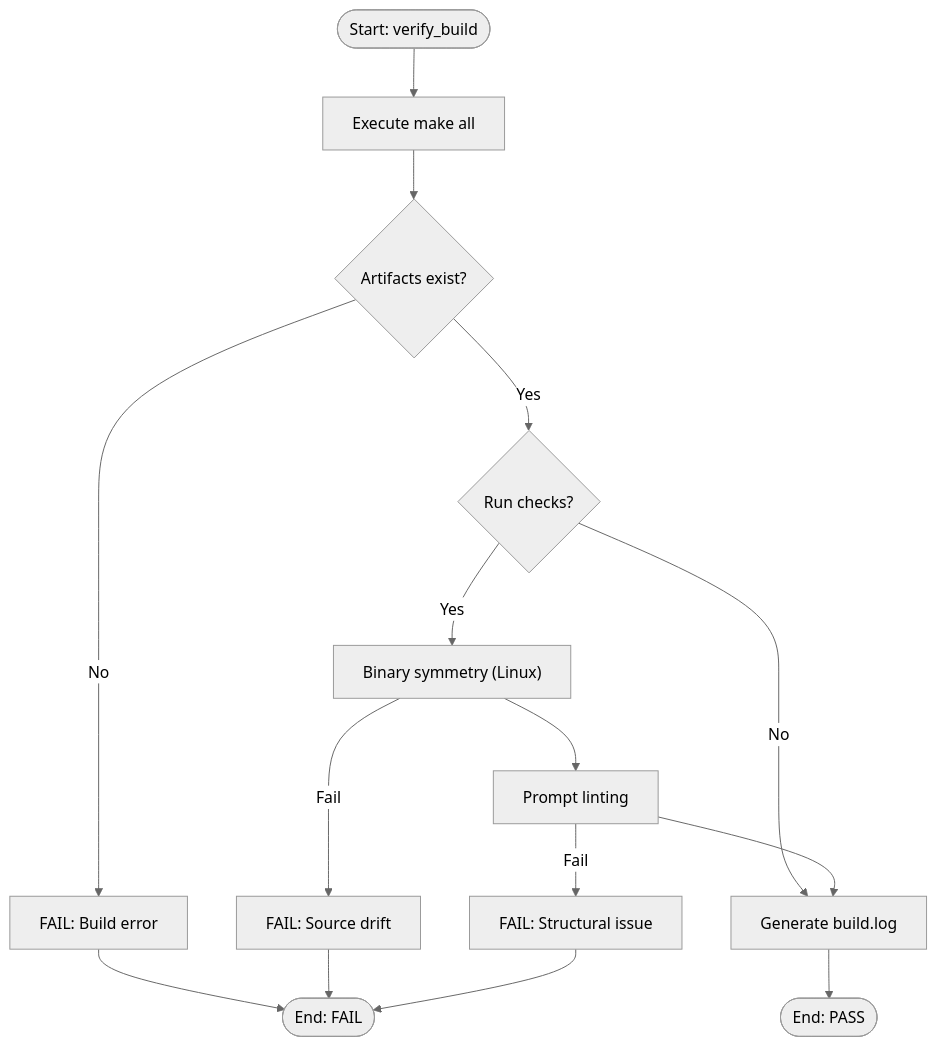
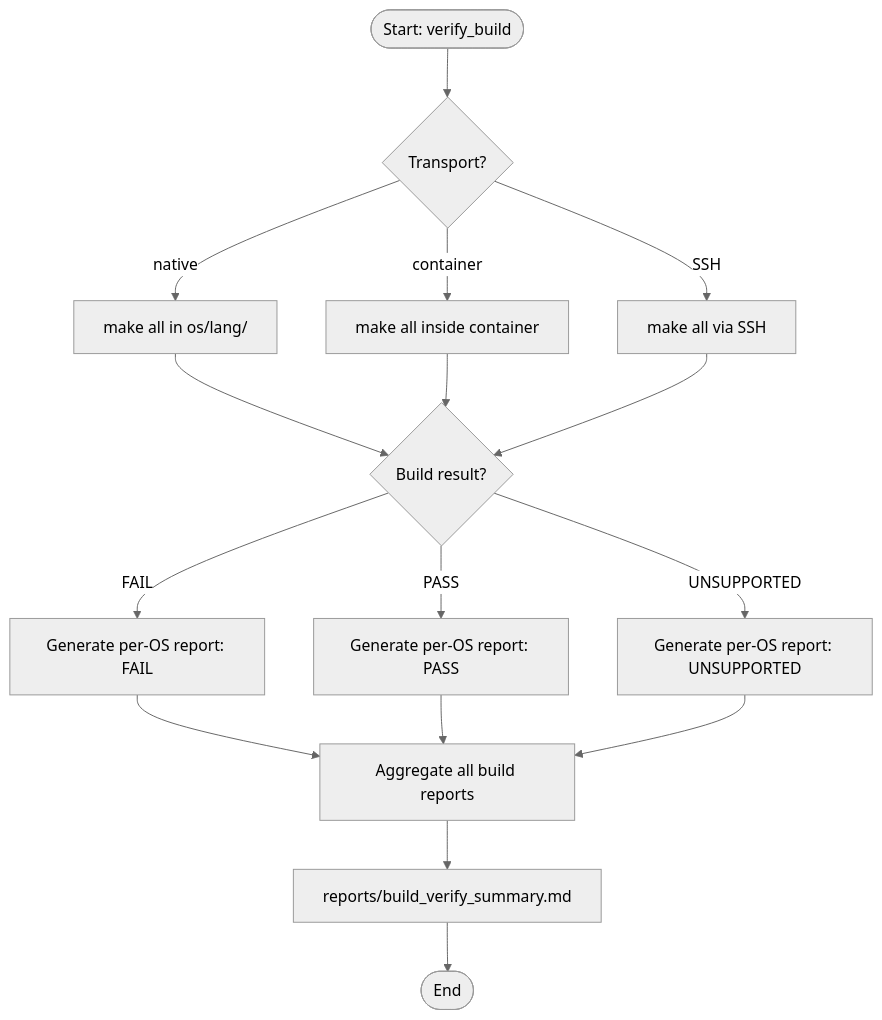
One commit to ebruno/codesamples changed the second of 4 diagrams in ringbuffer/README.md. Above: the diagram before and after it, drawn with Mermaid (neutral theme). The commit also changed other lines of this file and 14 other files, not shown here.

````diff
--- a/ringbuffer/README.md
+++ b/ringbuffer/README.md
@@ -824,22 +825,22 @@
 ```mermaid
 flowchart TD
-    Start([Start: verify_build]) --> Build[Execute make all]
-    Build --> Artifacts{Artifacts exist?}
+    Start([Start: verify_build]) --> Transport{Transport?}
+    Transport -->|native| MakeAll[make all in os/lang/]
+    Transport -->|container| CtrMake[make all inside container]
+    Transport -->|SSH| SshMake[make all via SSH]
 
-    Artifacts -->|No| FailBuild[FAIL: Build error]
-    Artifacts -->|Yes| Checks{Run checks?}
+    MakeAll --> Result{Build result?}
+    CtrMake --> Result
+    SshMake --> Result
 
-    Checks -->|No| Report[Generate build.log]
-    Checks -->|Yes| Symmetry["Binary symmetry (Linux)"]
-    Symmetry --> Lint[Prompt linting]
+    Result -->|UNSUPPORTED| UnsupReport[Generate per-OS report: UNSUPPORTED]
+    Result -->|FAIL| FailBuild[Generate per-OS report: FAIL]
+    Result -->|PASS| PassBuild[Generate per-OS report: PASS]
 
-    Symmetry -->|Fail| FailSym[FAIL: Source drift]
-    Lint -->|Fail| FailLint[FAIL: Structural issue]
+    FailBuild --> Aggregate[Aggregate all build reports]
+    PassBuild --> Aggregate
+    UnsupReport --> Aggregate
 
-    FailBuild --> EndFail([End: FAIL])
-    FailSym --> EndFail
-    FailLint --> EndFail
-
-    Lint --> Report
-    Report --> EndOK([End: PASS])
+    Aggregate --> Summary[reports/build_verify_summary.md]
+    Summary --> EndOK([End])
 ```
````
